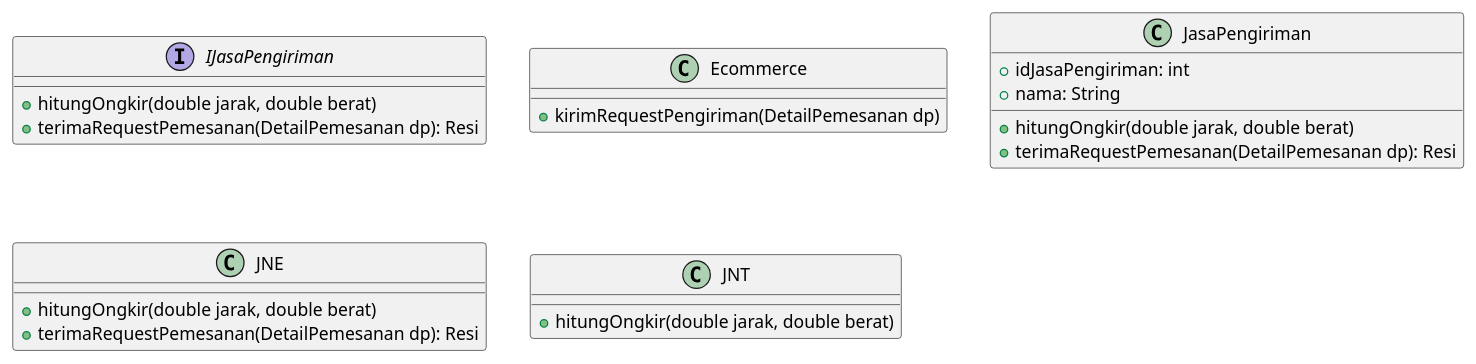
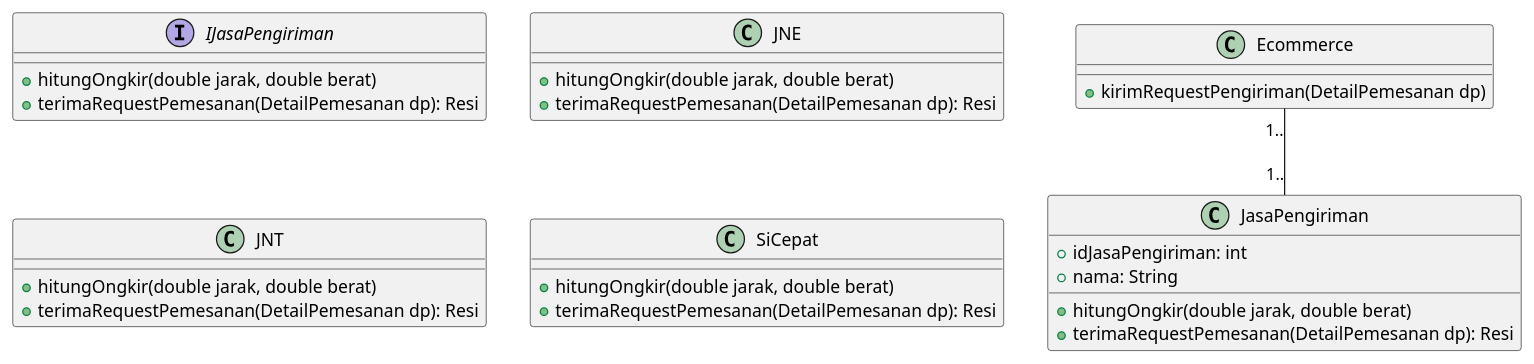
Before and after one commit to farhanzakiputra/pbpu-a-2022: the diagram in P1_Kelompok_6_PBPU_A.puml, drawn with PlantUML.

Commit message:
Update tambah kelas SiCepat

```diff
--- a/P1_Kelompok_6_PBPU_A.puml
+++ b/P1_Kelompok_6_PBPU_A.puml
@@ -1,28 +1,36 @@
 @startuml
 
 interface IJasaPengiriman {
  +hitungOngkir(double jarak, double berat)
  +terimaRequestPemesanan(DetailPemesanan dp): Resi
 }
 
 class Ecommerce {
  +kirimRequestPengiriman(DetailPemesanan dp)
 }
 
 class JasaPengiriman {
  +idJasaPengiriman: int
  +nama: String
  +hitungOngkir(double jarak, double berat)
  +terimaRequestPemesanan(DetailPemesanan dp): Resi
 }
 
 class JNE {
  +hitungOngkir(double jarak, double berat)
  +terimaRequestPemesanan(DetailPemesanan dp): Resi 
 }
 
 class JNT {
  +hitungOngkir(double jarak, double berat)
+ +terimaRequestPemesanan(DetailPemesanan dp): Resi
 }
 
+class SiCepat {
+ +hitungOngkir(double jarak, double berat)
+ +terimaRequestPemesanan(DetailPemesanan dp): Resi 
+}
+
+Ecommerce "1.." -- "1.." JasaPengiriman
+
 @enduml
```
